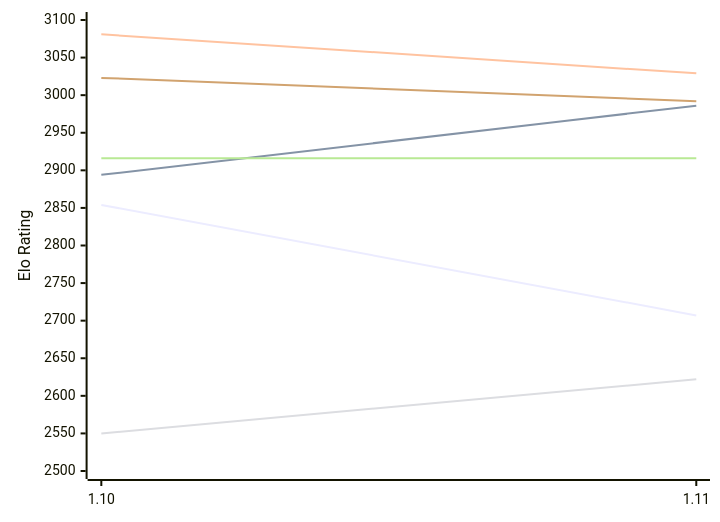
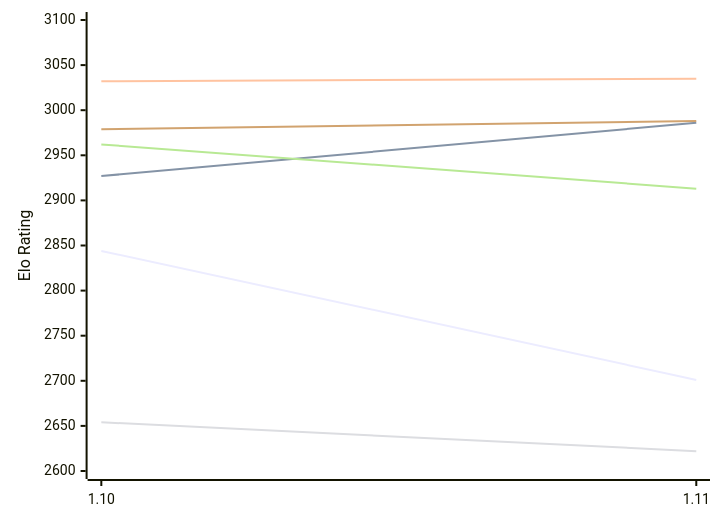
The first of 2 diagrams in engines/Roc.md (computer-chess-index/cci), drawn with Mermaid before and after one commit. The commit also changed other lines of this file, not shown here.

Commit message:
Update CCI Ratings (ELO VLTC) - 2026-11-15

````diff
--- a/engines/Roc.md
+++ b/engines/Roc.md
@@ -50,12 +50,12 @@
 ```mermaid
 %%{init: {"theme":"base","themeVariables":{"seriesColors:['#a3a3a3','#222221','#faa371']}}}%%
 xychart-beta
   x-axis ["1.10", "1.11"]
-  y-axis "Elo Rating" 2500 --> 3100
-  line "E1: STC (8.0+0.08s)" [2854, 2707]
-  line "E1: LTC (60.0+0.60s)" [2894, 2986]
-  line "E1: VLTC (2m24s+1.12s)" [3081, 3029]
-  line "P1: STC (8.0+0.08s)" [2550, 2622]
-  line "P1: LTC (60.0+0.60s)" [2916, 2916]
-  line "P1: VLTC (2m24s+1.12s)" [3023, 2992]
+  y-axis "Elo Rating" 2600 --> 3100
+  line "E1: STC (8.0+0.08s)" [2844, 2701]
+  line "E1: LTC (60.0+0.60s)" [2927, 2986]
+  line "E1: VLTC (2m24s+1.12s)" [3032, 3035]
+  line "P1: STC (8.0+0.08s)" [2654, 2622]
+  line "P1: LTC (60.0+0.60s)" [2962, 2913]
+  line "P1: VLTC (2m24s+1.12s)" [2979, 2988]
 ```
````
